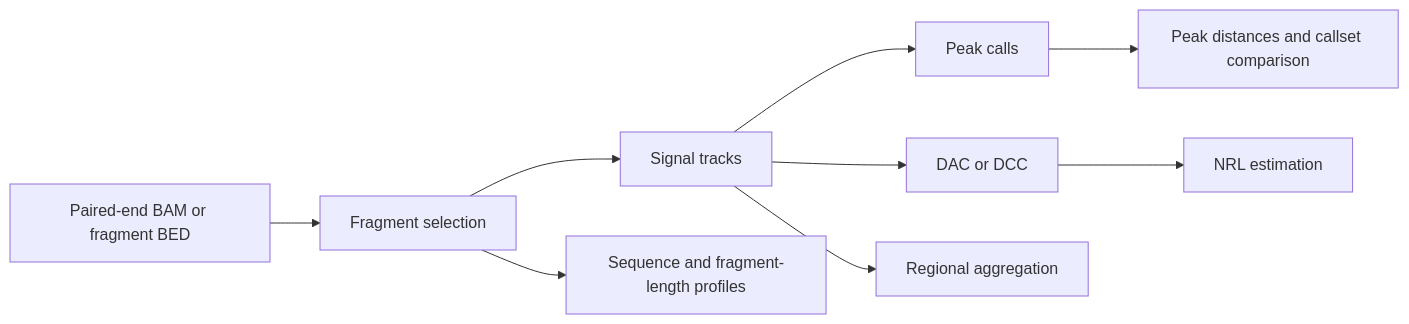
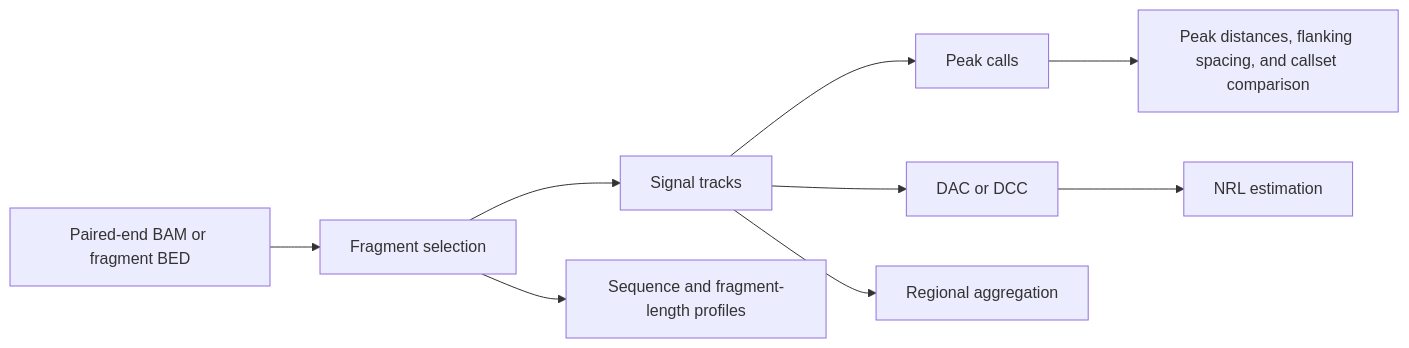
One commit to adjohnston85/NucleoSuite changed the diagram in README.md. Above: the diagram before and after it, drawn with Mermaid. The commit also changed other lines of this file and 28 other files, not shown here.

````diff
--- a/README.md
+++ b/README.md
@@ -80,11 +81,11 @@
 ```mermaid
 flowchart LR
     A[Paired-end BAM or fragment BED] --> B[Fragment selection]
     B --> C[Signal tracks]
     B --> D[Sequence and fragment-length profiles]
     C --> E[Peak calls]
     C --> F[DAC or DCC]
     C --> G[Regional aggregation]
-    E --> H[Peak distances and callset comparison]
+    E --> H[Peak distances, flanking spacing, and callset comparison]
     F --> I[NRL estimation]
 ```
````
